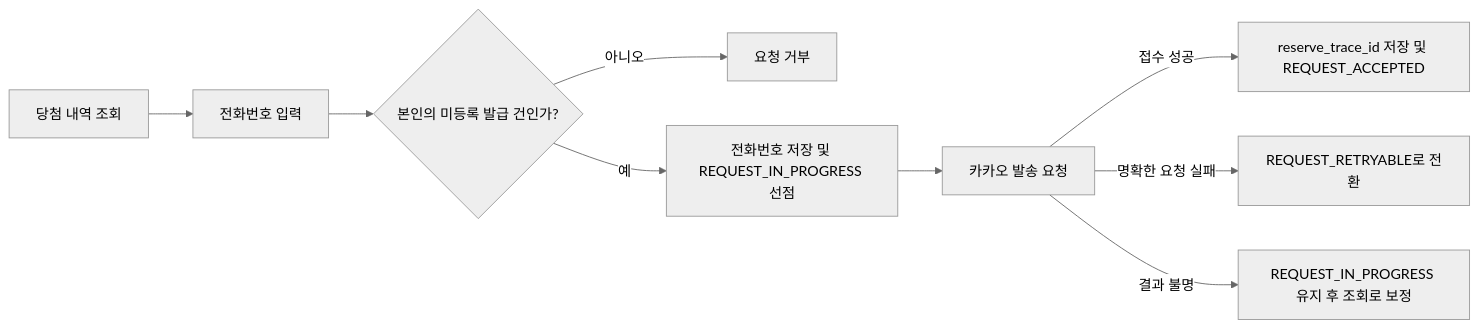
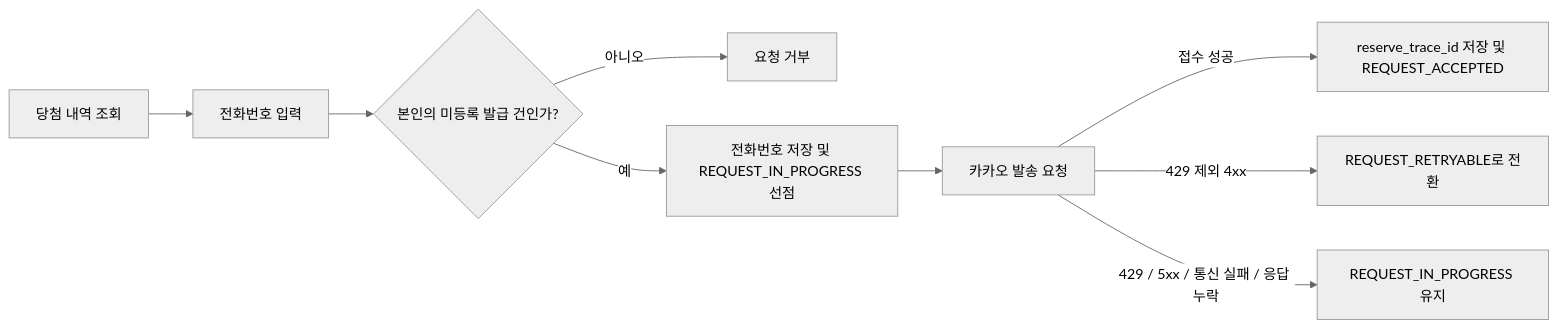
One commit to woowacourse-teams/2025-yagu-bogu changed the third of 3 diagrams in backend/docs/prediction-prd.md. Above: the diagram before and after it, drawn with Mermaid (neutral theme). The commit also changed other lines of this file, not shown here.

````diff
--- a/backend/docs/prediction-prd.md
+++ b/backend/docs/prediction-prd.md
@@ -103,11 +104,11 @@
 ```mermaid
 flowchart LR
     A[당첨 내역 조회] --> B[전화번호 입력]
     B --> C{본인의 미등록 발급 건인가?}
     C -- 아니오 --> D[요청 거부]
     C -- 예 --> E[전화번호 저장 및 REQUEST_IN_PROGRESS 선점]
     E --> G[카카오 발송 요청]
     G -- 접수 성공 --> H[reserve_trace_id 저장 및 REQUEST_ACCEPTED]
-    G -- 명확한 요청 실패 --> I[REQUEST_RETRYABLE로 전환]
-    G -- 결과 불명 --> J[REQUEST_IN_PROGRESS 유지 후 조회로 보정]
+    G -- 429 제외 4xx --> I[REQUEST_RETRYABLE로 전환]
+    G -- 429 / 5xx / 통신 실패 / 응답 누락 --> J[REQUEST_IN_PROGRESS 유지]
 ```
````
